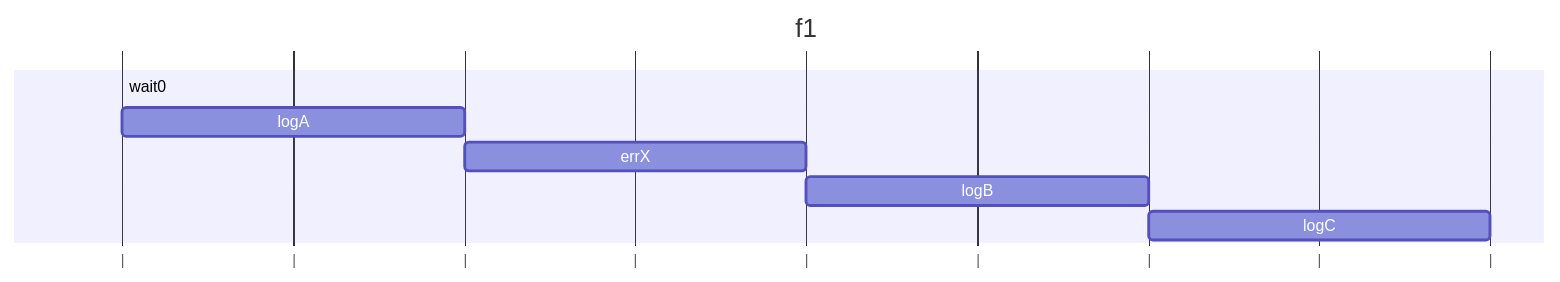
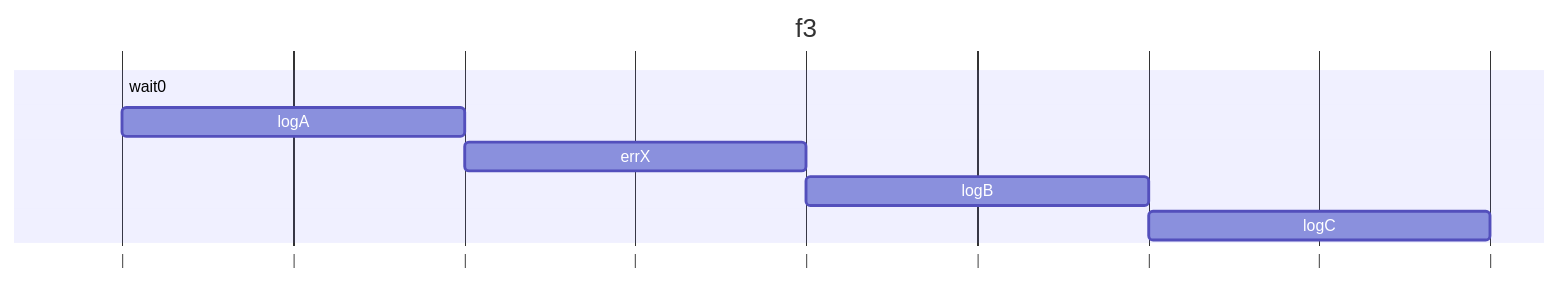
The diagram in exercises/ch13/ex02/f3.md (Shogo-Sumi/sample), drawn with Mermaid before and after one commit. The commit also changed 1 other file, not shown here.

Commit message:
[Add]ex02

````diff
--- a/exercises/ch13/ex02/f3.md
+++ b/exercises/ch13/ex02/f3.md
@@ -1,11 +1,11 @@
 ```mermaid
 gantt
-  title f1
+  title f3
   dateFormat  s
   axisFormat |
     wait0 :w0, 0, 0s
     logA  :l1, after w0, 0.2s
     errX  :e1, after l1, 0.2s
     logB  :l2, after e1, 0.2s
     logC  :l3, after l2, 0.2s
 ```
````
